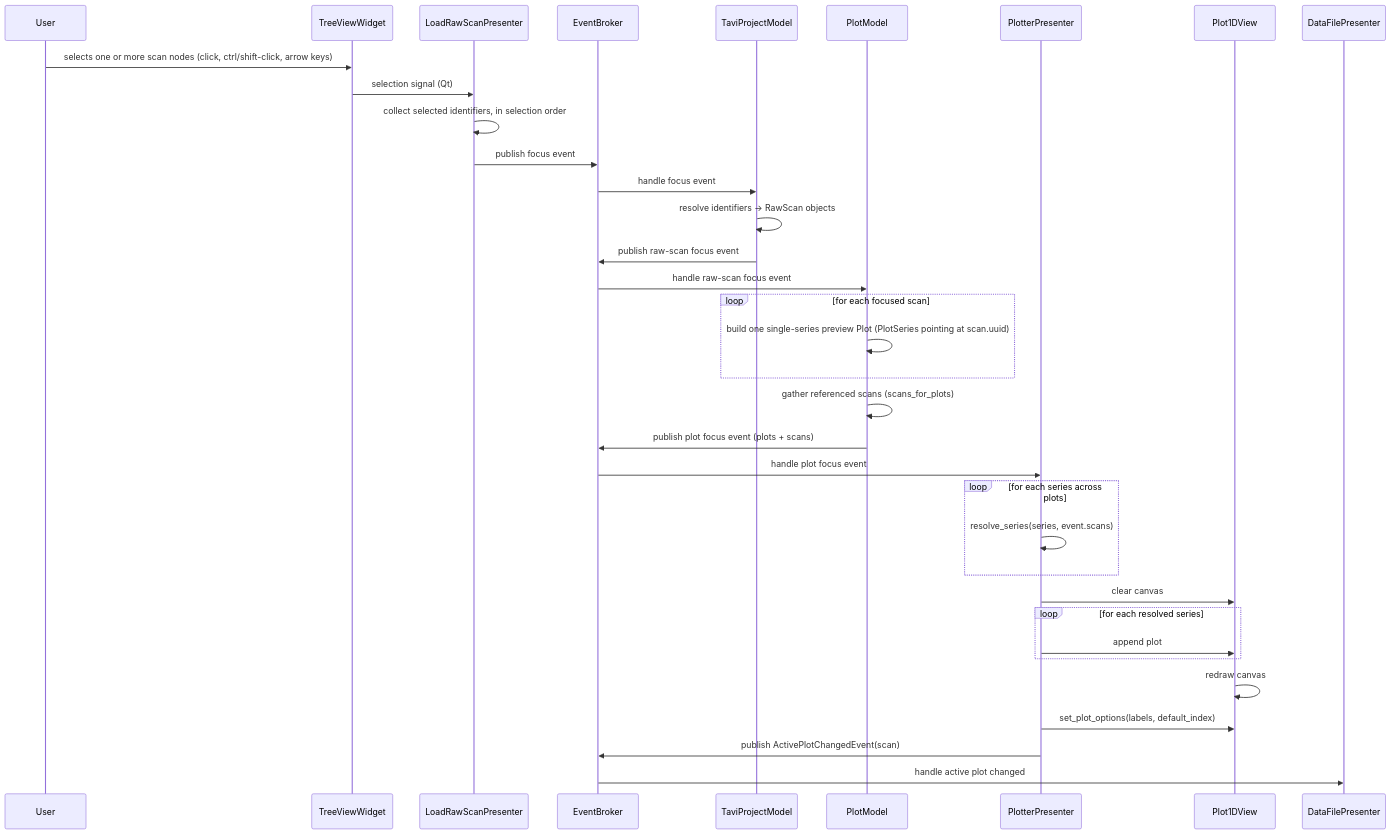
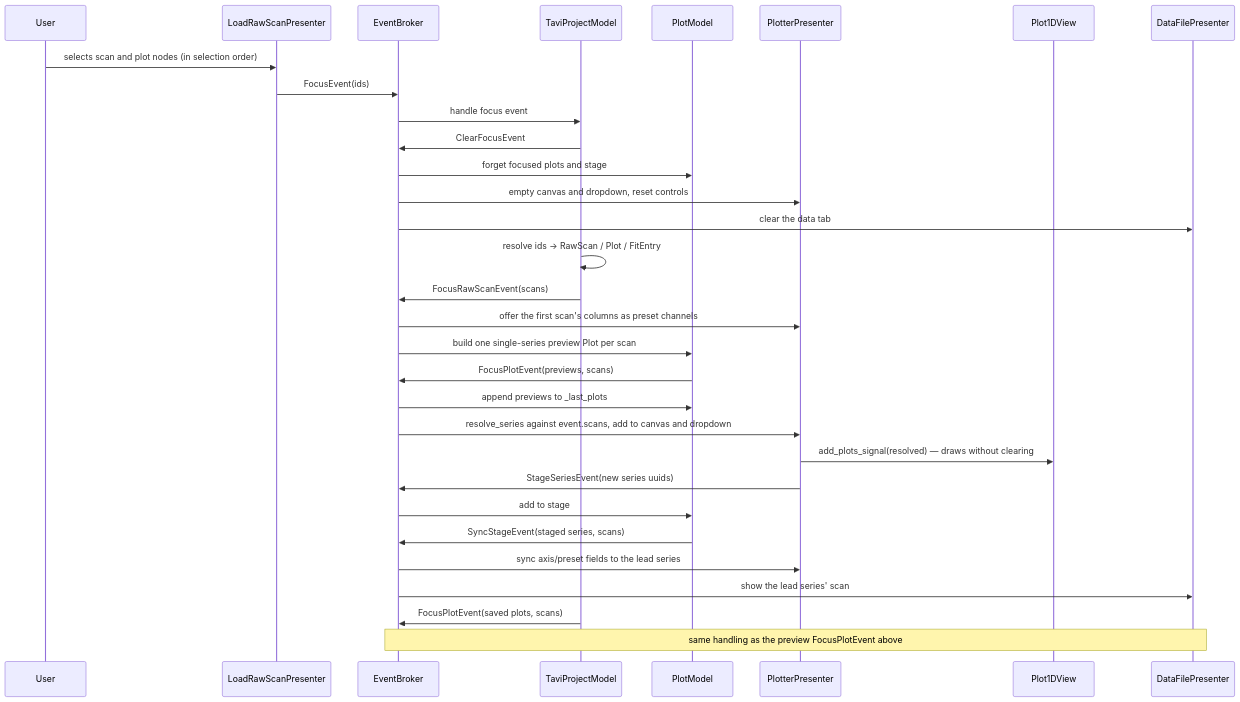
Before and after one commit to neutrons/TAVI: the first of 4 diagrams in docs/source/design/frontend/visualization_flow.rst, drawn with Mermaid. The commit also changed other lines of this file and 43 other files, not shown here.

```diff
--- a/docs/source/design/frontend/visualization_flow.rst
+++ b/docs/source/design/frontend/visualization_flow.rst
@@ -59,40 +92,37 @@
 .. mermaid::
 
     sequenceDiagram
         participant User
-        participant TreeViewWidget
         participant LoadRawScanPresenter
         participant EventBroker
         participant TaviProjectModel
         participant PlotModel
         participant PlotterPresenter
         participant Plot1DView
+        participant DataFilePresenter
 
-        User ->> TreeViewWidget: selects one or more scan nodes (click, ctrl/shift-click, arrow keys)
-        TreeViewWidget ->> LoadRawScanPresenter: selection signal (Qt)
-        LoadRawScanPresenter ->> LoadRawScanPresenter: collect selected identifiers, in selection order
-        LoadRawScanPresenter ->> EventBroker: publish focus event
+        User ->> LoadRawScanPresenter: selects scan and plot nodes (in selection order)
+        LoadRawScanPresenter ->> EventBroker: FocusEvent(ids)
 
         EventBroker ->> TaviProjectModel: handle focus event
-        TaviProjectModel ->> TaviProjectModel: resolve identifiers → RawScan objects
-        TaviProjectModel ->> EventBroker: publish raw-scan focus event
+        TaviProjectModel ->> EventBroker: ClearFocusEvent
+        EventBroker ->> PlotModel: forget focused plots and stage
+        EventBroker ->> PlotterPresenter: empty canvas and dropdown, reset controls
+        EventBroker ->> DataFilePresenter: clear the data tab
 
-        EventBroker ->> PlotModel: handle raw-scan focus event
-        loop for each focused scan
-            PlotModel ->> PlotModel: build one single-series preview Plot (PlotSeries pointing at scan.uuid)
-        end
-        PlotModel ->> PlotModel: gather referenced scans (scans_for_plots)
-        PlotModel ->> EventBroker: publish plot focus event (plots + scans)
+        TaviProjectModel ->> TaviProjectModel: resolve ids → RawScan / Plot / FitEntry
+        TaviProjectModel ->> EventBroker: FocusRawScanEvent(scans)
+        EventBroker ->> PlotterPresenter: offer the first scan's columns as preset channels
+        EventBroker ->> PlotModel: build one single-series preview Plot per scan
+        PlotModel ->> EventBroker: FocusPlotEvent(previews, scans)
+        EventBroker ->> PlotModel: append previews to _last_plots
+        EventBroker ->> PlotterPresenter: resolve_series against event.scans, add to canvas and dropdown
+        PlotterPresenter ->> Plot1DView: add_plots_signal(resolved) — draws without clearing
+        PlotterPresenter ->> EventBroker: StageSeriesEvent(new series uuids)
+        EventBroker ->> PlotModel: add to stage
+        PlotModel ->> EventBroker: SyncStageEvent(staged series, scans)
+        EventBroker ->> PlotterPresenter: sync axis/preset fields to the lead series
+        EventBroker ->> DataFilePresenter: show the lead series' scan
 
-        EventBroker ->> PlotterPresenter: handle plot focus event
-        loop for each series across plots
-            PlotterPresenter ->> PlotterPresenter: resolve_series(series, event.scans)
-        end
-        PlotterPresenter ->> Plot1DView: clear canvas
-        loop for each resolved series
-            PlotterPresenter ->> Plot1DView: append plot
-        end
-        Plot1DView ->> Plot1DView: redraw canvas
-        PlotterPresenter ->> Plot1DView: set_plot_options(labels, default_index)
-        PlotterPresenter ->> EventBroker: publish ActivePlotChangedEvent(scan)
-        EventBroker ->> DataFilePresenter: handle active plot changed
+        TaviProjectModel ->> EventBroker: FocusPlotEvent(saved plots, scans)
+        Note over EventBroker,DataFilePresenter: same handling as the preview FocusPlotEvent above
```
